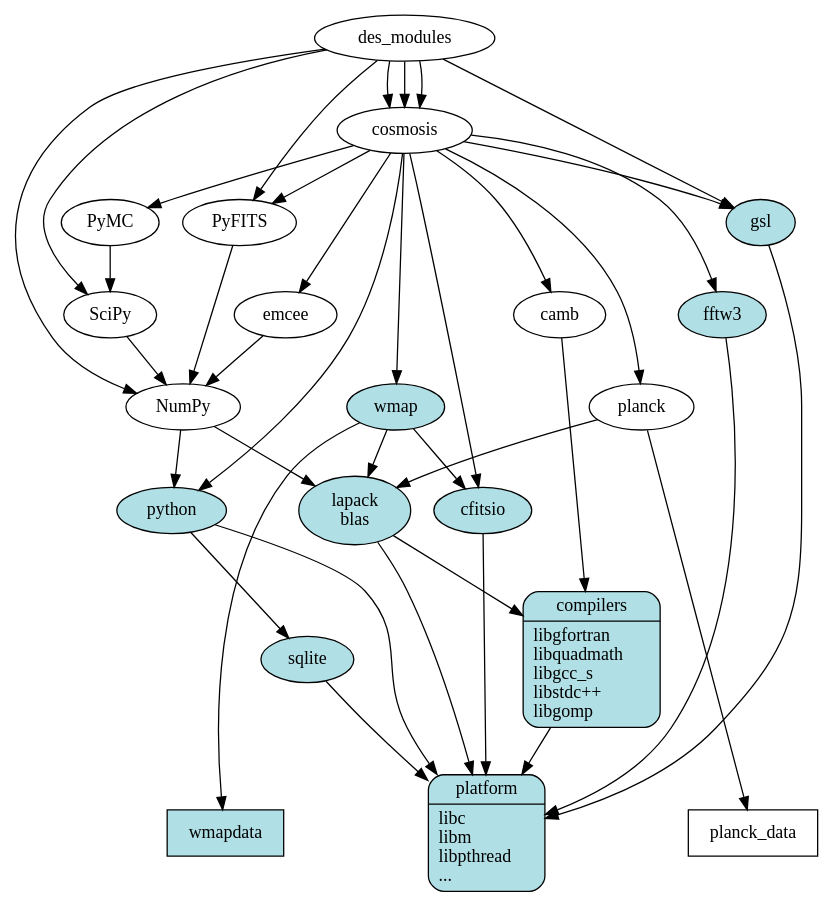
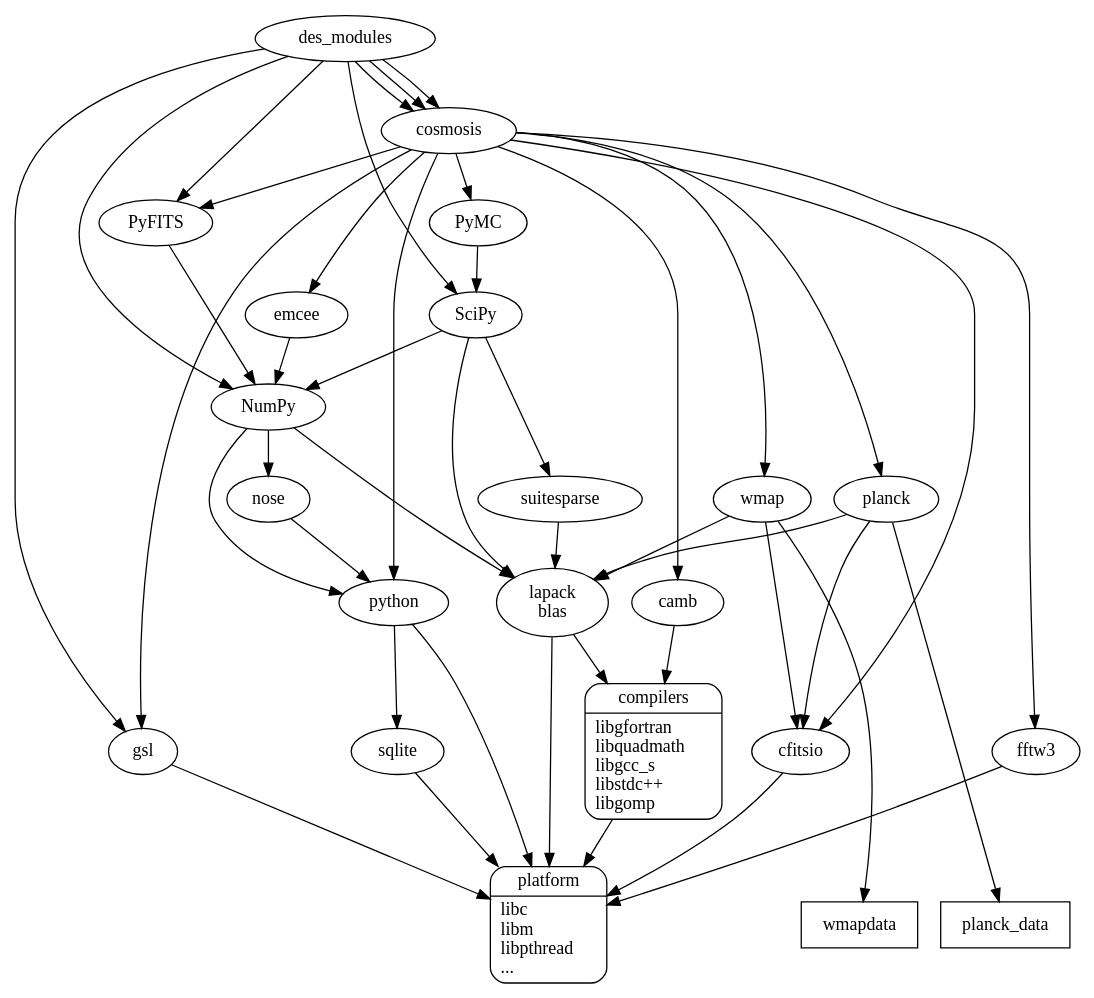
The diagram in doc/cosmosis_packages.dot (joezuntz/cosmosis), drawn with Graphviz before and after one commit.

Commit message:
Reflect completed build, up to scipy

```diff
--- a/doc/cosmosis_packages.dot
+++ b/doc/cosmosis_packages.dot
@@ -1,76 +1,94 @@
 
 digraph depends
 {
 
   subgraph lowest
   {
     rank=same;
-    platform         [shape=Mrecord, label="{platform | libc \llibm\llibpthread\l...\l}", style=filled, fillcolor=powderblue ]
-    wmapdata [ label="wmapdata", shape=box, style=filled, fillcolor=powderblue ]
-    planck_data [ label="planck_data", shape=box ]
+    platform         [shape=Mrecord, label="{platform | libc \llibm\llibpthread\l...\l}"];
+    wmapdata [ label="wmapdata", shape=box];
+    planck_data [ label="planck_data", shape=box];
   }
 
+  subgraph two
+  {
+    rank=same;
+    compilers [shape=Mrecord, label="{compilers | libgfortran\llibquadmath\llibgcc_s\llibstdc++\llibgomp\l}"]  ;
+    sqlite  [ label="sqlite"];
+    cfitsio [ label="cfitsio"];
+    gsl     [ label="gsl"];
+    fftw3   [ label="fftw3"];
+  }
+
+  subgraph three
+  {
+    rank=same;
+    python  [ label="python"];
+    lapack  [ label="lapack\nblas\n"];
+    camb [ label="camb"];
+  }
+
+  subgraph four
+  {
+    rank=same;
+    wmap [ label="wmap"];
+    planck [ label="planck"];
+    suitesparse [ label="suitesparse"];
+  }
+
+  suitesparse -> lapack;
   compilers -> platform;
-
-    compilers [shape=Mrecord, label="{compilers | libgfortran\llibquadmath\llibgcc_s\llibstdc++\llibgomp\l}", style=filled, fillcolor=powderblue ]
-    sqlite  [ label="sqlite", style=filled, fillcolor=powderblue ];
-    cfitsio [ label="cfitsio", style=filled, fillcolor=powderblue ];
-    gsl     [ label="gsl", style=filled, fillcolor=powderblue ];
-    fftw3   [ label="fftw3", style=filled, fillcolor=powderblue ];
-
-  lapack  [ label="lapack\nblas\n", style=filled, fillcolor=powderblue ];
   lapack -> compilers;
-
-  python  [ label="python", style=filled, fillcolor=powderblue ];
-  wmap [ label="wmap", style=filled, fillcolor=powderblue ];
-  camb [ label="camb" ];
-
   wmap -> wmapdata;
   planck -> planck_data;
   wmap -> lapack;
   wmap -> cfitsio;
   planck -> lapack;
+  planck -> cfitsio;
   camb -> compilers;
 
   SciPy -> NumPy -> python;
+  SciPy -> suitesparse;
+  SciPy -> lapack;
   NumPy -> lapack;
+  NumPy -> nose;
+  nose -> python;
   PyFITS -> NumPy;
   PyMC -> SciPy;
   emcee -> NumPy;
-
 
   cosmosis;
 
   cosmosis -> camb;
   cosmosis -> planck;
   cosmosis -> wmap;
   cosmosis -> PyMC;
   cosmosis -> emcee;
   cosmosis -> PyFITS;
   cosmosis -> gsl;
   cosmosis -> fftw3;
 
   des_modules;
 
   des_modules -> cosmosis;
 
 
   cfitsio -> platform;
   gsl -> platform;
   fftw3 -> platform;
   lapack -> platform;
 
   des_modules -> cosmosis;
   des_modules -> gsl;
   des_modules -> PyFITS;
   des_modules -> cosmosis;
   des_modules -> SciPy;
   des_modules -> NumPy;
 
   cosmosis -> cfitsio;
   cosmosis -> python;
   python [ label="python" ];
   python -> platform;
   python -> sqlite;
   sqlite -> platform;
 }
```
